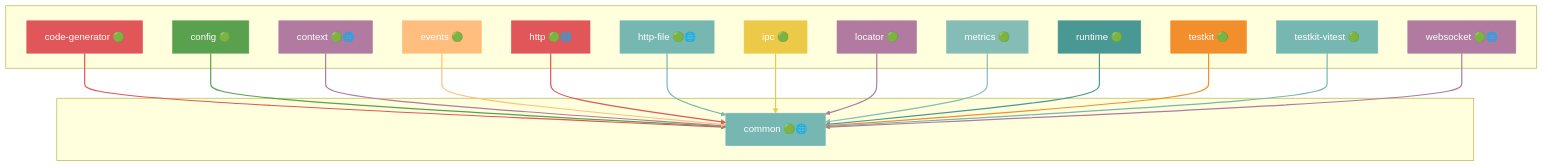
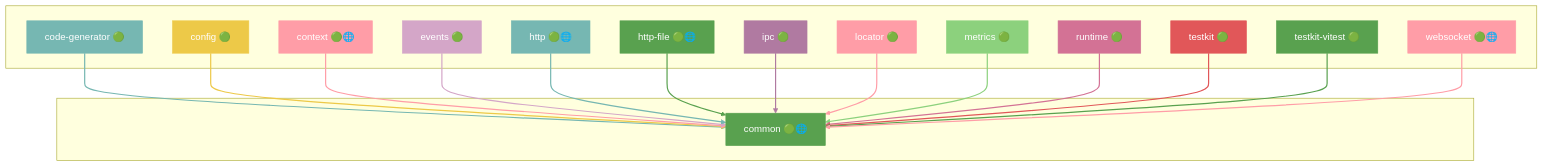
Before and after one commit to grest-ts/grest-ts: the sixth of 45 diagrams in docs/DEPENDENCIES.md, drawn with Mermaid. The commit also changed other lines of this file and 6 other files, not shown here.

````diff
--- a/docs/DEPENDENCIES.md
+++ b/docs/DEPENDENCIES.md
@@ -481,61 +499,61 @@
 ```mermaid
 flowchart TB
     subgraph Dependents[" "]
         code-generator["code-generator 🟢"]
         config["config 🟢"]
         context["context 🟢🌐"]
         events["events 🟢"]
         http["http 🟢🌐"]
         http-file["http-file 🟢🌐"]
         ipc["ipc 🟢"]
         locator["locator 🟢"]
         metrics["metrics 🟢"]
         runtime["runtime 🟢"]
         testkit["testkit 🟢"]
         testkit-vitest["testkit-vitest 🟢"]
         websocket["websocket 🟢🌐"]
     end
     subgraph Package[" "]
         common["common 🟢🌐"]
     end
     code-generator --> common
     config --> common
     context --> common
     events --> common
     http --> common
     http-file --> common
     ipc --> common
     locator --> common
     metrics --> common
     runtime --> common
     testkit --> common
     testkit-vitest --> common
     websocket --> common
-    style common fill:#76B7B2,stroke:#76B7B2,color:#fff
-    style code-generator fill:#E15759,stroke:#E15759,color:#fff
-    style config fill:#59A14F,stroke:#59A14F,color:#fff
-    style context fill:#B07AA1,stroke:#B07AA1,color:#fff
-    style events fill:#FFBE7D,stroke:#FFBE7D,color:#fff
-    style http fill:#E15759,stroke:#E15759,color:#fff
-    style http-file fill:#76B7B2,stroke:#76B7B2,color:#fff
-    style ipc fill:#EDC948,stroke:#EDC948,color:#fff
-    style locator fill:#B07AA1,stroke:#B07AA1,color:#fff
-    style metrics fill:#86BCB6,stroke:#86BCB6,color:#fff
-    style runtime fill:#499894,stroke:#499894,color:#fff
-    style testkit fill:#F28E2B,stroke:#F28E2B,color:#fff
-    style testkit-vitest fill:#76B7B2,stroke:#76B7B2,color:#fff
-    style websocket fill:#B07AA1,stroke:#B07AA1,color:#fff
-    linkStyle 0 stroke:#E15759,stroke-width:2px
-    linkStyle 1 stroke:#59A14F,stroke-width:2px
-    linkStyle 2 stroke:#B07AA1,stroke-width:2px
-    linkStyle 3 stroke:#FFBE7D,stroke-width:2px
-    linkStyle 4 stroke:#E15759,stroke-width:2px
-    linkStyle 5 stroke:#76B7B2,stroke-width:2px
-    linkStyle 6 stroke:#EDC948,stroke-width:2px
-    linkStyle 7 stroke:#B07AA1,stroke-width:2px
-    linkStyle 8 stroke:#86BCB6,stroke-width:2px
-    linkStyle 9 stroke:#499894,stroke-width:2px
-    linkStyle 10 stroke:#F28E2B,stroke-width:2px
-    linkStyle 11 stroke:#76B7B2,stroke-width:2px
-    linkStyle 12 stroke:#B07AA1,stroke-width:2px
+    style common fill:#59A14F,stroke:#59A14F,color:#fff
+    style code-generator fill:#76B7B2,stroke:#76B7B2,color:#fff
+    style config fill:#EDC948,stroke:#EDC948,color:#fff
+    style context fill:#FF9DA7,stroke:#FF9DA7,color:#fff
+    style events fill:#D4A6C8,stroke:#D4A6C8,color:#fff
+    style http fill:#76B7B2,stroke:#76B7B2,color:#fff
+    style http-file fill:#59A14F,stroke:#59A14F,color:#fff
+    style ipc fill:#B07AA1,stroke:#B07AA1,color:#fff
+    style locator fill:#FF9DA7,stroke:#FF9DA7,color:#fff
+    style metrics fill:#8CD17D,stroke:#8CD17D,color:#fff
+    style runtime fill:#D37295,stroke:#D37295,color:#fff
+    style testkit fill:#E15759,stroke:#E15759,color:#fff
+    style testkit-vitest fill:#59A14F,stroke:#59A14F,color:#fff
+    style websocket fill:#FF9DA7,stroke:#FF9DA7,color:#fff
+    linkStyle 0 stroke:#76B7B2,stroke-width:2px
+    linkStyle 1 stroke:#EDC948,stroke-width:2px
+    linkStyle 2 stroke:#FF9DA7,stroke-width:2px
+    linkStyle 3 stroke:#D4A6C8,stroke-width:2px
+    linkStyle 4 stroke:#76B7B2,stroke-width:2px
+    linkStyle 5 stroke:#59A14F,stroke-width:2px
+    linkStyle 6 stroke:#B07AA1,stroke-width:2px
+    linkStyle 7 stroke:#FF9DA7,stroke-width:2px
+    linkStyle 8 stroke:#8CD17D,stroke-width:2px
+    linkStyle 9 stroke:#D37295,stroke-width:2px
+    linkStyle 10 stroke:#E15759,stroke-width:2px
+    linkStyle 11 stroke:#59A14F,stroke-width:2px
+    linkStyle 12 stroke:#FF9DA7,stroke-width:2px
 ```
````
